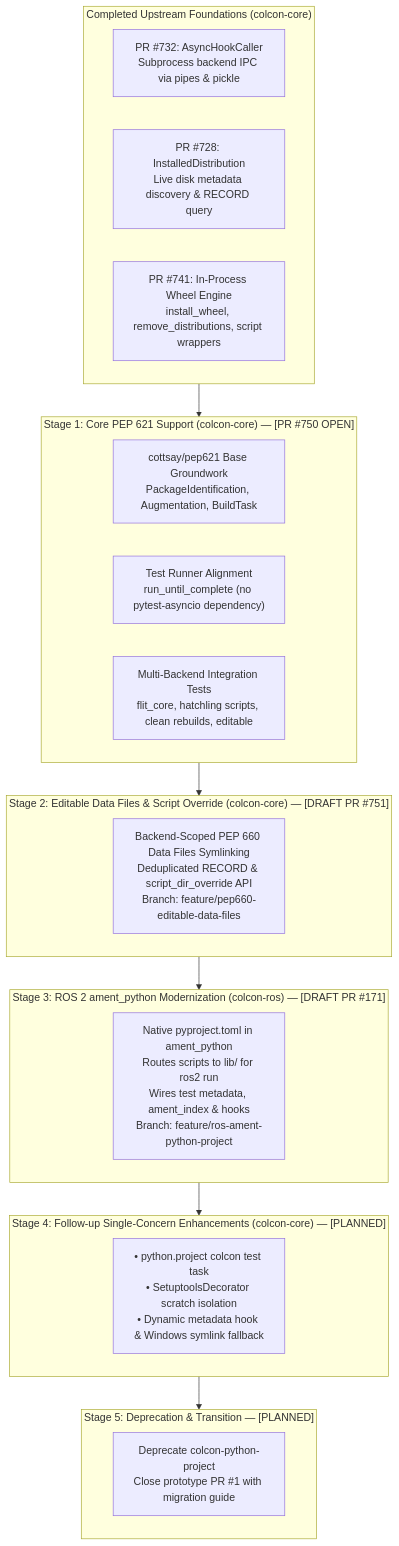
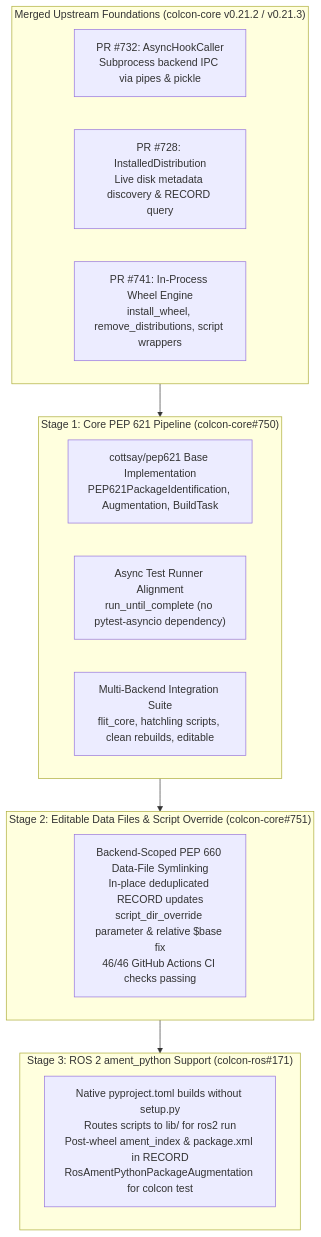
Before and after one commit to KmoM88/colcon-roadmap: the diagram in docs/proposals/pep621_pep660_upstream_proposal.md, drawn with Mermaid. The commit also changed other lines of this file and 10 other files, not shown here.

Commit message:
Add Dockerized ROS 2 Jazzy PEP 621 PoC and update roadmap/results docs

````diff
--- a/docs/proposals/pep621_pep660_upstream_proposal.md
+++ b/docs/proposals/pep621_pep660_upstream_proposal.md
@@ -15,36 +13,26 @@
 ```mermaid
 graph TD
-    subgraph Merged["Completed Upstream Foundations (colcon-core)"]
+    subgraph Merged["Merged Upstream Foundations (colcon-core v0.21.2 / v0.21.3)"]
         M1["PR #732: AsyncHookCaller<br/>Subprocess backend IPC via pipes & pickle"]
         M2["PR #728: InstalledDistribution<br/>Live disk metadata discovery & RECORD query"]
         M3["PR #741: In-Process Wheel Engine<br/>install_wheel, remove_distributions, script wrappers"]
     end
 
-    subgraph Stage1["Stage 1: Core PEP 621 Support (colcon-core) — [PR #750 OPEN]"]
-        S1A["cottsay/pep621 Base Groundwork<br/>PackageIdentification, Augmentation, BuildTask"]
-        S1B["Test Runner Alignment<br/>run_until_complete (no pytest-asyncio dependency)"]
-        S1C["Multi-Backend Integration Tests<br/>flit_core, hatchling scripts, clean rebuilds, editable"]
+    subgraph Stage1["Stage 1: Core PEP 621 Pipeline (colcon-core#750)"]
+        S1A["cottsay/pep621 Base Implementation<br/>PEP621PackageIdentification, Augmentation, BuildTask"]
+        S1B["Async Test Runner Alignment<br/>run_until_complete (no pytest-asyncio dependency)"]
+        S1C["Multi-Backend Integration Suite<br/>flit_core, hatchling scripts, clean rebuilds, editable"]
     end
 
-    subgraph Stage2["Stage 2: Editable Data Files & Script Override (colcon-core) — [DRAFT PR #751]"]
-        S2["Backend-Scoped PEP 660 Data Files Symlinking<br/>Deduplicated RECORD & script_dir_override API<br/>Branch: feature/pep660-editable-data-files"]
+    subgraph Stage2["Stage 2: Editable Data Files & Script Override (colcon-core#751)"]
+        S2["Backend-Scoped PEP 660 Data-File Symlinking<br/>In-place deduplicated RECORD updates<br/>script_dir_override parameter & relative $base fix<br/>46/46 GitHub Actions CI checks passing"]
     end
 
-    subgraph Stage3["Stage 3: ROS 2 ament_python Modernization (colcon-ros) — [DRAFT PR #171]"]
-        S3["Native pyproject.toml in ament_python<br/>Routes scripts to lib/<pkg> for ros2 run<br/>Wires test metadata, ament_index & hooks<br/>Branch: feature/ros-ament-python-project"]
-    end
-
-    subgraph Stage4["Stage 4: Follow-up Single-Concern Enhancements (colcon-core) — [PLANNED]"]
-        S4["• python.project colcon test task<br/>• SetuptoolsDecorator scratch isolation<br/>• Dynamic metadata hook & Windows symlink fallback"]
-    end
-
-    subgraph Stage5["Stage 5: Deprecation & Transition — [PLANNED]"]
-        S5["Deprecate colcon-python-project<br/>Close prototype PR #1 with migration guide"]
+    subgraph Stage3["Stage 3: ROS 2 ament_python Support (colcon-ros#171)"]
+        S3["Native pyproject.toml builds without setup.py<br/>Routes scripts to lib/<pkg> for ros2 run<br/>Post-wheel ament_index & package.xml in RECORD<br/>RosAmentPythonPackageAugmentation for colcon test"]
     end
 
     Merged --> Stage1
     Stage1 --> Stage2
     Stage2 --> Stage3
-    Stage3 --> Stage4
-    Stage4 --> Stage5
 ```
````
